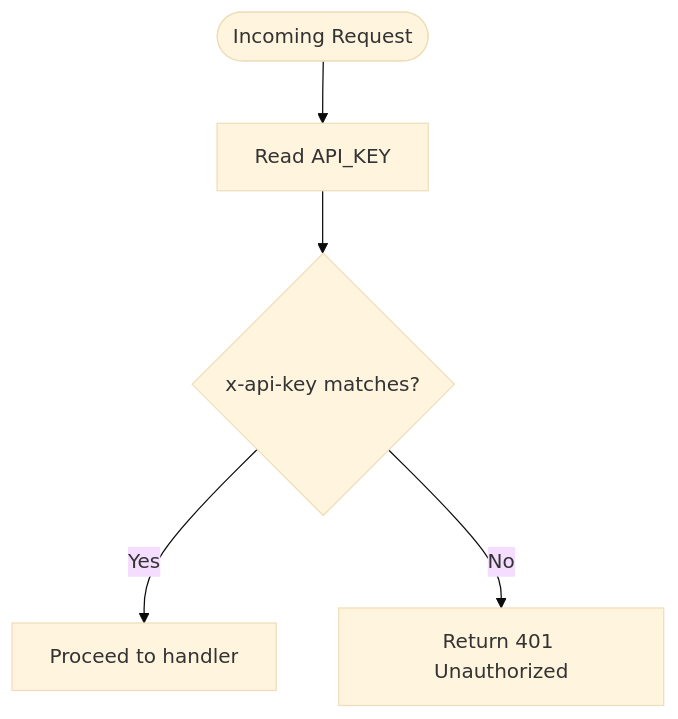
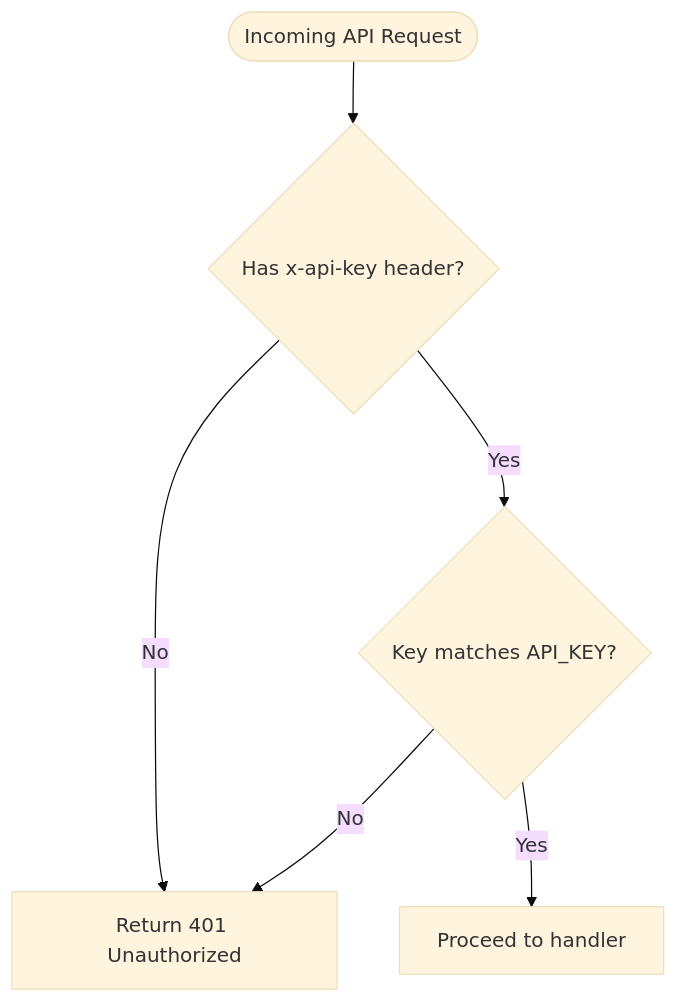
The second of 3 diagrams in .qoder/repowiki/en/content/Development Workflow.md (sutanto1010/crablite), drawn with Mermaid (base theme) before and after one commit. The commit also changed other lines of this file and 7 other files, not shown here.

First line of the commit message:
docs(architecture): update detailed system architecture and documentation

````diff
--- a/.qoder/repowiki/en/content/Development Workflow.md
+++ b/.qoder/repowiki/en/content/Development Workflow.md
@@ -172,7 +225,8 @@
 ```mermaid
 flowchart TD
-Req(["Incoming Request"]) --> ReadKey["Read API_KEY"]
-ReadKey --> CheckHeader{"x-api-key matches?"}
-CheckHeader --> |Yes| Next["Proceed to handler"]
-CheckHeader --> |No| Deny["Return 401 Unauthorized"]
+Request(["Incoming API Request"]) --> CheckHeader{"Has x-api-key header?"}
+CheckHeader --> |No| Return401["Return 401 Unauthorized"]
+CheckHeader --> |Yes| CompareKeys{"Key matches API_KEY?"}
+CompareKeys --> |No| Return401
+CompareKeys --> |Yes| Proceed["Proceed to handler"]
 ```
````
